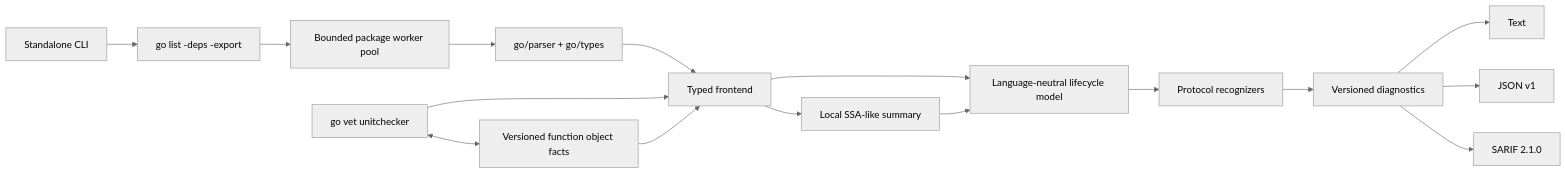
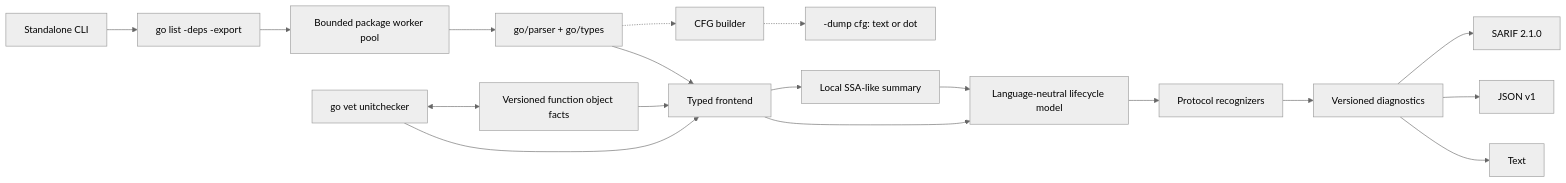
One commit to grigoryfedyukovich/lifeline changed the diagram in docs/architecture.md. Above: the diagram before and after it, drawn with Mermaid (neutral theme). The commit also changed other lines of this file and 11 other files, not shown here.

````diff
--- a/docs/architecture.md
+++ b/docs/architecture.md
@@ -3,18 +3,20 @@
 ```mermaid
 flowchart LR
     CLI[Standalone CLI] --> GL[go list -deps -export]
     GL --> POOL[Bounded package worker pool]
     POOL --> PARSE[go/parser + go/types]
     VET[go vet unitchecker] --> FE[Typed frontend]
     PARSE --> FE
     FE --> MODEL[Language-neutral lifecycle model]
     FE --> SSA[Local SSA-like summary]
     SSA --> MODEL
     MODEL --> ENG[Protocol recognizers]
     ENG --> DIAG[Versioned diagnostics]
     DIAG --> TEXT[Text]
     DIAG --> JSON[JSON v1]
     DIAG --> SARIF[SARIF 2.1.0]
     VET <--> FACT[Versioned function object facts]
     FACT --> FE
+    PARSE -.-> CFGB[CFG builder]
+    CFGB -.-> CFGDUMP[-dump cfg: text or dot]
 ```
````
